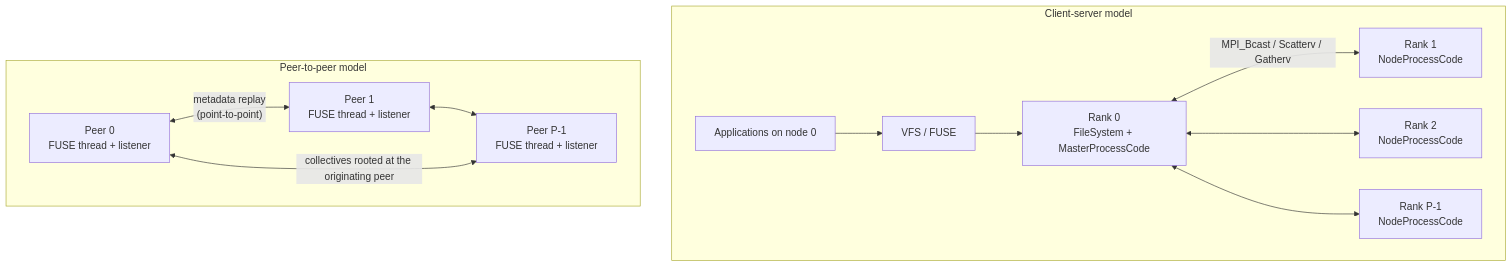
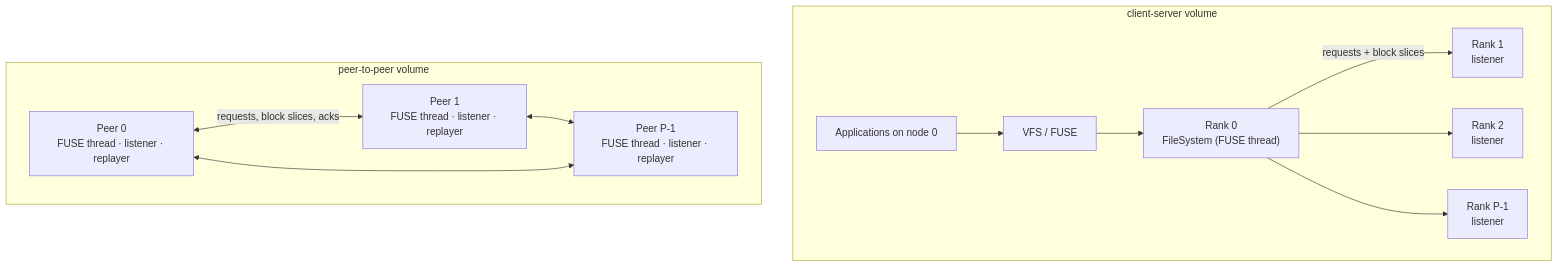
The first of 5 diagrams in docs/ARCHITECTURE.md (DagOnStar/DAGonFS), drawn with Mermaid before and after one commit. The commit also changed other lines of this file and 107 other files, not shown here.

First line of the commit message:
Unify client-server and peer-to-peer into one runtime-configurable code base

````diff
--- a/docs/ARCHITECTURE.md
+++ b/docs/ARCHITECTURE.md
@@ -14,17 +16,17 @@
 ```mermaid
 flowchart TB
-    subgraph CS["Client-server model"]
+    subgraph CS["client-server volume"]
         direction LR
         A1["Applications on node 0"] --> K1["VFS / FUSE"]
-        K1 --> R0["Rank 0<br/>FileSystem + MasterProcessCode"]
-        R0 <-- "MPI_Bcast / Scatterv / Gatherv" --> W1["Rank 1<br/>NodeProcessCode"]
-        R0 <--> W2["Rank 2<br/>NodeProcessCode"]
-        R0 <--> W3["Rank P-1<br/>NodeProcessCode"]
+        K1 --> R0["Rank 0<br/>FileSystem (FUSE thread)"]
+        R0 -- "requests + block slices" --> W1["Rank 1<br/>listener"]
+        R0 --> W2["Rank 2<br/>listener"]
+        R0 --> W3["Rank P-1<br/>listener"]
     end
-    subgraph P2P["Peer-to-peer model"]
+    subgraph P2P["peer-to-peer volume"]
         direction LR
-        P0["Peer 0<br/>FUSE thread + listener"] <-- "metadata replay<br/>(point-to-point)" --> P1["Peer 1<br/>FUSE thread + listener"]
-        P1 <--> P2["Peer P-1<br/>FUSE thread + listener"]
-        P0 <-- "collectives rooted at the originating peer" --> P2
+        P0["Peer 0<br/>FUSE thread · listener · replayer"] <-- "requests, block slices, acks" --> P1["Peer 1<br/>FUSE thread · listener · replayer"]
+        P1 <--> P2["Peer P-1<br/>FUSE thread · listener · replayer"]
+        P0 <--> P2
     end
 ```
````
